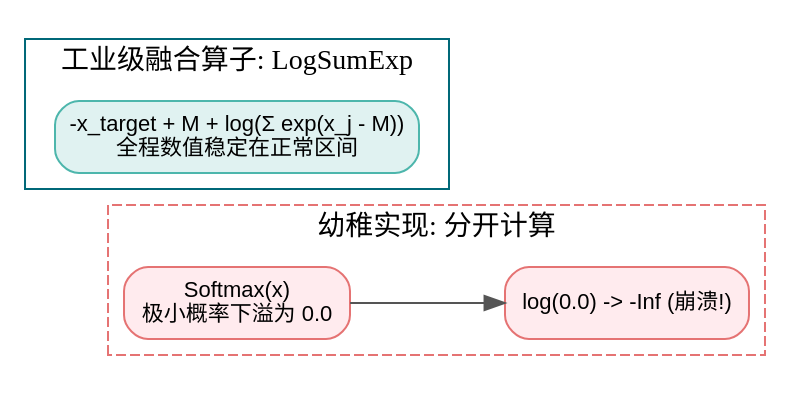
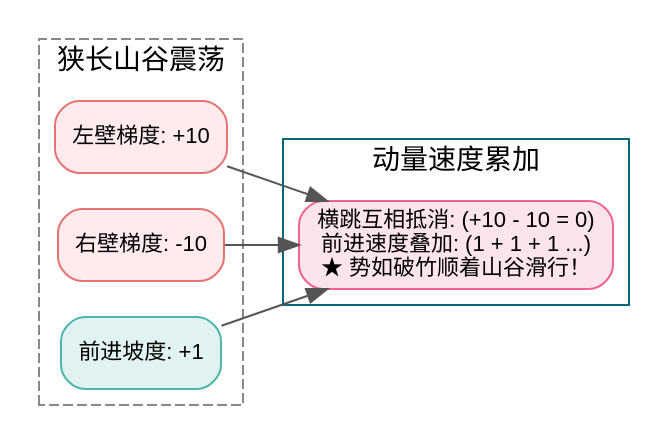
One commit to hqu-little-boy/blog changed the second of 2 diagrams in src/content/posts/dl-operators-10-loss-and-optimization-adamw-guide.md. Above: the diagram before and after it, drawn with Graphviz. The commit also changed other lines of this file and 11 other files, not shown here.

````diff
--- a/src/content/posts/dl-operators-10-loss-and-optimization-adamw-guide.md
+++ b/src/content/posts/dl-operators-10-loss-and-optimization-adamw-guide.md
@@ -79,19 +122,21 @@
 ```graphviz
-digraph LogSoftmaxFusion {
+digraph MomentumBall {
     rankdir=LR;
     node [fontname="Helvetica,Arial,sans-serif", fontsize=11, shape=rect, style="rounded,filled", fillcolor="#f0f4f8", color="#b0c4de"];
     edge [fontname="Helvetica,Arial,sans-serif", fontsize=10, color="#555555"];
 
-    subgraph cluster_bad {
-        label = "幼稚实现: 分开计算"; style=dashed; color="#e57373";
-        s_step [label="Softmax(x)\n极小概率下溢为 0.0", fillcolor="#ffebee", color="#e57373"];
-        l_step [label="log(0.0) -> -Inf (崩溃!)", fillcolor="#ffebee", color="#e57373"];
-        s_step -> l_step;
+    subgraph cluster_canyon {
+        label = "狭长山谷震荡"; style=dashed; color="#888888";
+        g1 [label="左壁梯度: +10", fillcolor="#ffebee", color="#e57373"];
+        g2 [label="右壁梯度: -10", fillcolor="#ffebee", color="#e57373"];
+        g_fwd [label="前进坡度: +1", fillcolor="#e0f2f1", color="#4db6ac"];
     }
 
-    subgraph cluster_good {
-        label = "工业级融合算子: LogSumExp"; style=solid; color="#006878";
-        fused [label="-x_target + M + log(Σ exp(x_j - M))\n全程数值稳定在正常区间", fillcolor="#e0f2f1", color="#4db6ac"];
+    subgraph cluster_momentum {
+        label = "动量速度累加"; style=solid; color="#006878";
+        v_res [label="横跳互相抵消: (+10 - 10 = 0)\n前进速度叠加: (1 + 1 + 1 ...)\n★ 势如破竹顺着山谷滑行！", fillcolor="#fce4ec", color="#f06292"];
     }
+
+    g1 -> v_res; g2 -> v_res; g_fwd -> v_res;
 }
 ```
````
